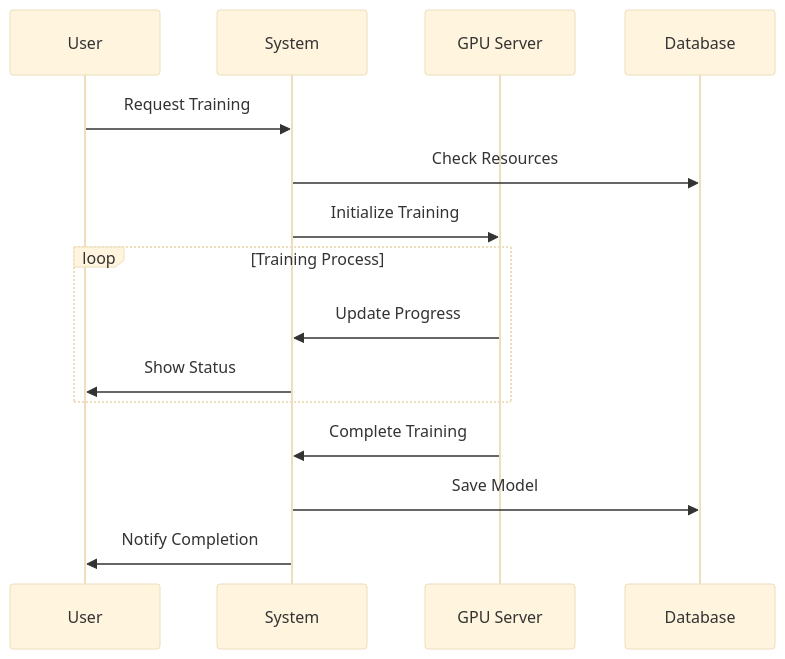
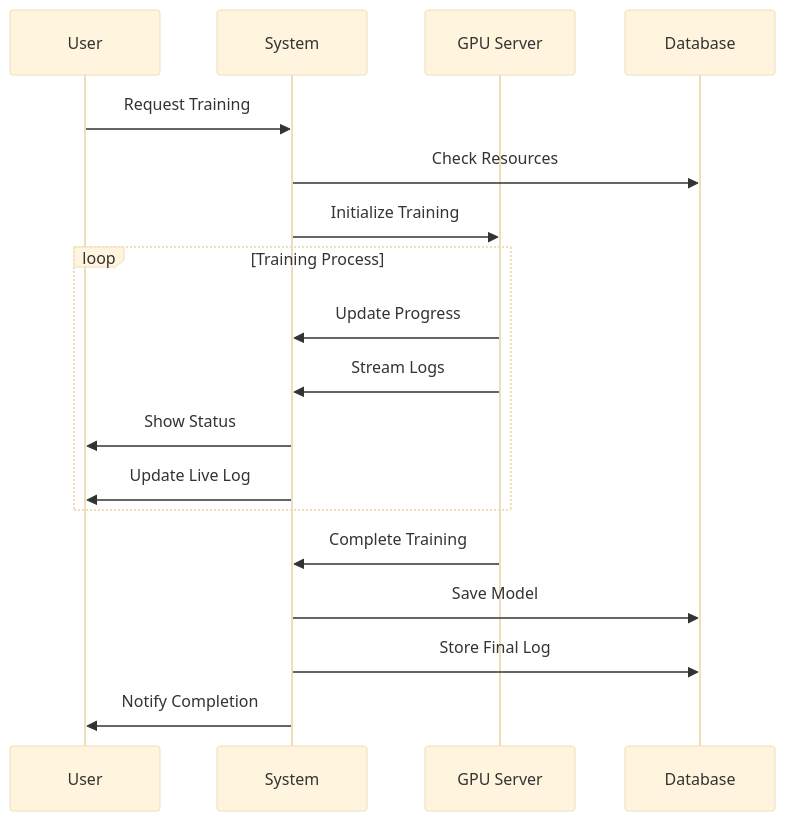
The fourth of 4 diagrams in studio.md (frontierbio-tech/frontierbio-tech.github.io), drawn with Mermaid (base theme) before and after one commit. The commit also changed other lines of this file, not shown here.

````diff
--- a/studio.md
+++ b/studio.md
@@ -341,20 +232,23 @@
 ```mermaid
 sequenceDiagram
     participant U as User
     participant S as System
     participant G as GPU Server
     participant D as Database
     
     U->>S: Request Training
     S->>D: Check Resources
     S->>G: Initialize Training
     
     loop Training Process
         G->>S: Update Progress
+        G->>S: Stream Logs
         S->>U: Show Status
+        S->>U: Update Live Log
     end
     
     G->>S: Complete Training
     S->>D: Save Model
+    S->>D: Store Final Log
     S->>U: Notify Completion
 ```
````
